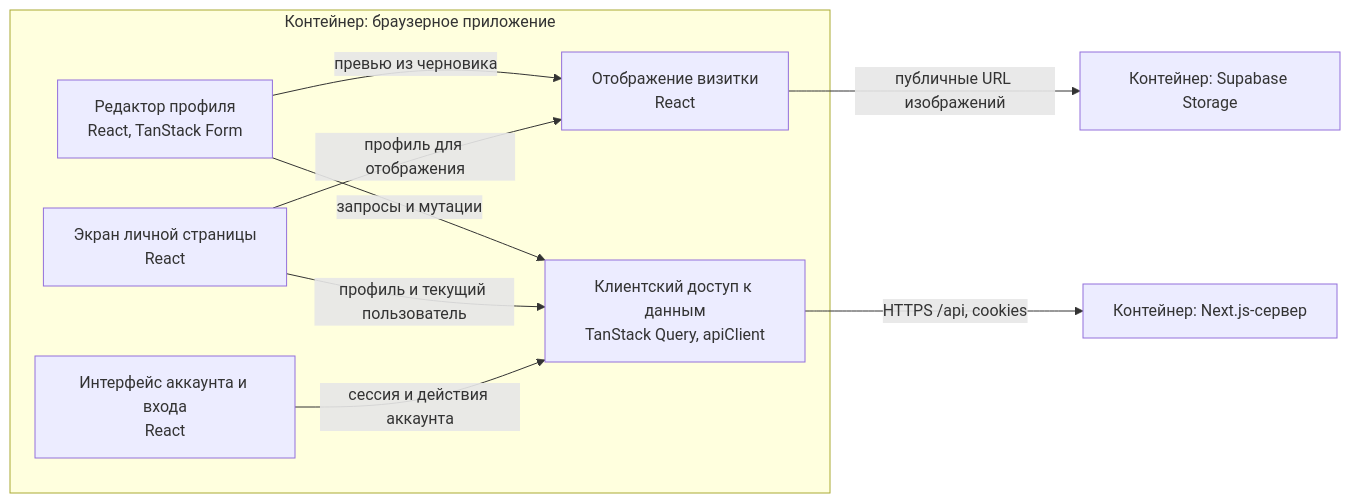
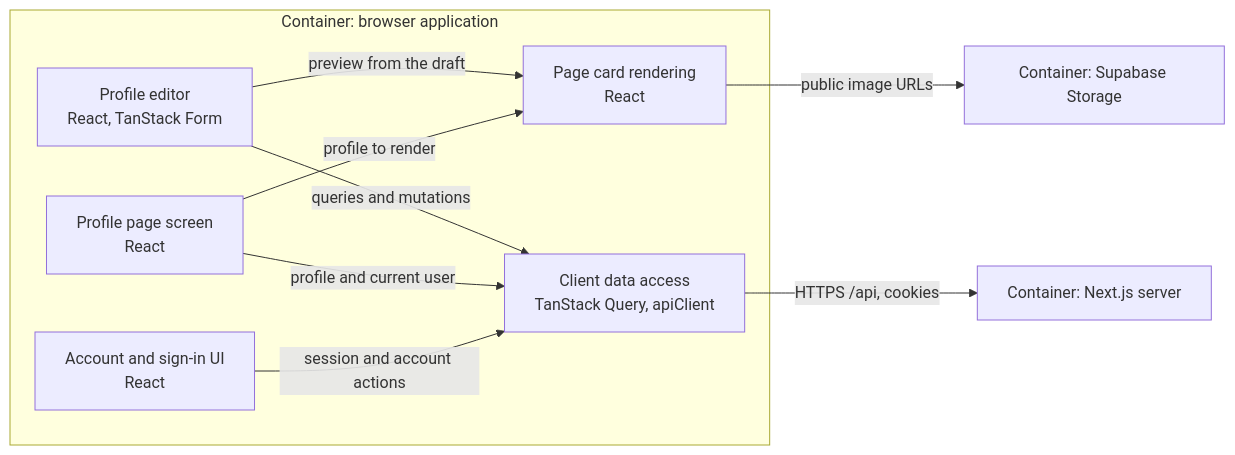
The first of 2 diagrams in docs/architecture/3.components.md (verkhoturov/freudin-website), drawn with Mermaid before and after one commit. The commit also changed other lines of this file and 74 other files, not shown here.

````diff
--- a/docs/architecture/3.components.md
+++ b/docs/architecture/3.components.md
@@ -22,19 +22,19 @@
 ```mermaid
 flowchart LR
-    subgraph Browser["Контейнер: браузерное приложение"]
-        Editor["Редактор профиля<br/>React, TanStack Form"]
-        Page["Экран личной страницы<br/>React"]
-        Card["Отображение визитки<br/>React"]
-        Account["Интерфейс аккаунта и входа<br/>React"]
-        Data["Клиентский доступ к данным<br/>TanStack Query, apiClient"]
-        Editor -->|"превью из черновика"| Card
-        Page -->|"профиль для отображения"| Card
-        Editor -->|"запросы и мутации"| Data
-        Page -->|"профиль и текущий пользователь"| Data
-        Account -->|"сессия и действия аккаунта"| Data
+    subgraph Browser["Container: browser application"]
+        Editor["Profile editor<br/>React, TanStack Form"]
+        Page["Profile page screen<br/>React"]
+        Card["Page card rendering<br/>React"]
+        Account["Account and sign-in UI<br/>React"]
+        Data["Client data access<br/>TanStack Query, apiClient"]
+        Editor -->|"preview from the draft"| Card
+        Page -->|"profile to render"| Card
+        Editor -->|"queries and mutations"| Data
+        Page -->|"profile and current user"| Data
+        Account -->|"session and account actions"| Data
     end
-    Server["Контейнер: Next.js-сервер"]
-    Storage["Контейнер: Supabase Storage"]
+    Server["Container: Next.js server"]
+    Storage["Container: Supabase Storage"]
     Data -->|"HTTPS /api, cookies"| Server
-    Card -->|"публичные URL изображений"| Storage
+    Card -->|"public image URLs"| Storage
 ```
````
